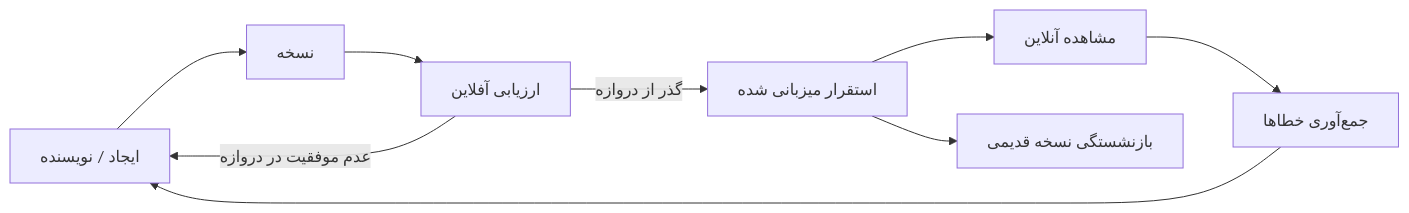
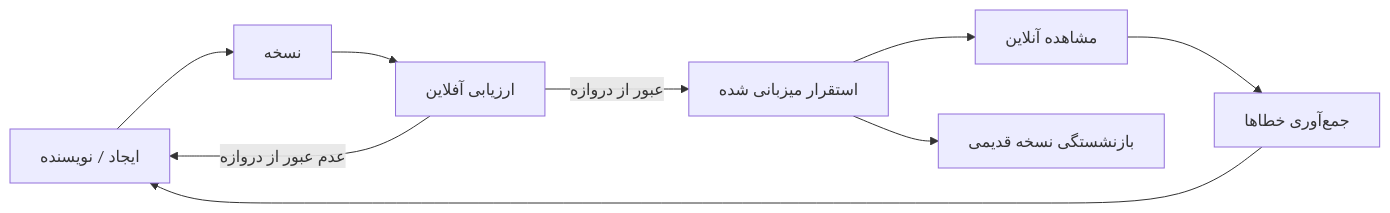
One commit to microsoft/ai-agents-for-beginners changed the second of 4 diagrams in translations/fa/16-deploying-scalable-agents/README.md. Above: the diagram before and after it, drawn with Mermaid. The commit also changed other lines of this file and 47 other files, not shown here.

````diff
--- a/translations/fa/16-deploying-scalable-agents/README.md
+++ b/translations/fa/16-deploying-scalable-agents/README.md
@@ -108,11 +108,11 @@
 ```mermaid
 flowchart LR
     Create[ایجاد / نویسنده] --> Version[نسخه]
     Version --> Evaluate[ارزیابی آفلاین]
-    Evaluate -->|گذر از دروازه| Deploy[استقرار میزبانی شده]
-    Evaluate -->|عدم موفقیت در دروازه| Create
+    Evaluate -->|عبور از دروازه| Deploy[استقرار میزبانی شده]
+    Evaluate -->|عدم عبور از دروازه| Create
     Deploy --> Observe[مشاهده آنلاین]
     Observe --> Improve[جمع‌آوری خطاها]
     Improve --> Create
     Deploy --> Retire[بازنشستگی نسخه قدیمی]
 ```
````
